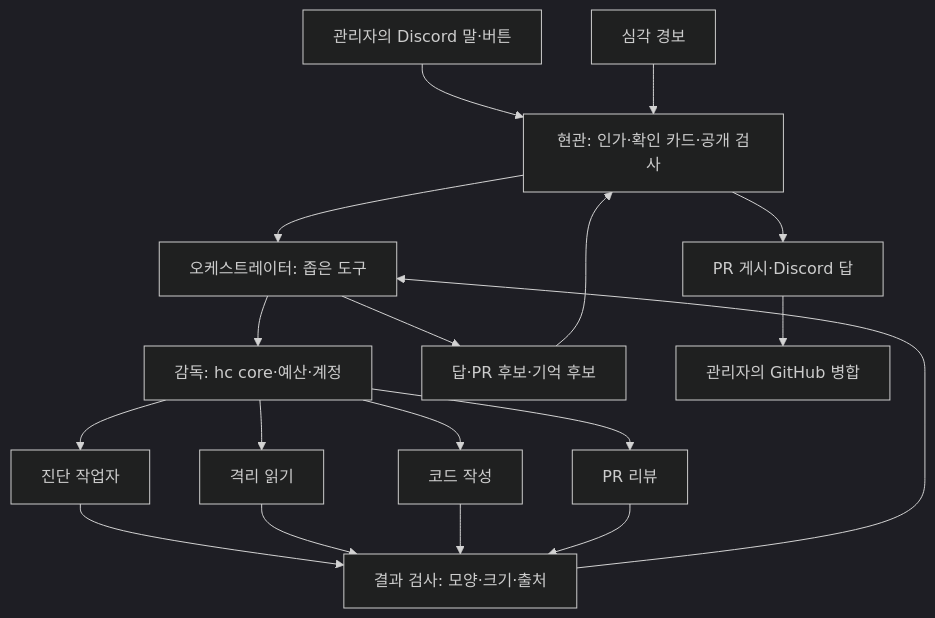
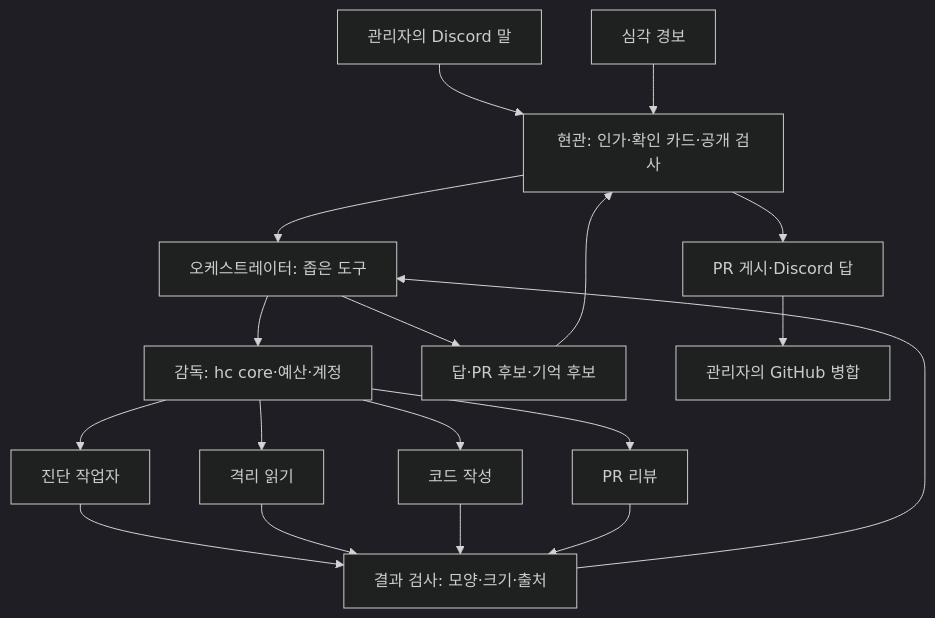
One commit to ukyi-app/homelab changed the first of 2 diagrams in docs/plans/2026-11-13-olive/spec.md. Above: the diagram before and after it, drawn with Mermaid (dark theme). The commit also changed other lines of this file and 2 other files, not shown here.

````diff
--- a/docs/plans/2026-11-13-olive/spec.md
+++ b/docs/plans/2026-11-13-olive/spec.md
@@ -76,17 +76,17 @@
 ```mermaid
 flowchart TD
-    D[관리자의 Discord 말·버튼] --> F[현관: 인가·확인 카드·공개 검사]
+    D[관리자의 Discord 말] --> F[현관: 인가·확인 카드·공개 검사]
     A[심각 경보] --> F
     F --> O[오케스트레이터: 좁은 도구]
     O --> S[감독: hc core·예산·계정]
     S --> W1[진단 작업자]
     S --> W2[격리 읽기]
     S --> W3[코드 작성]
     S --> W4[PR 리뷰]
     W1 & W2 & W3 & W4 --> V[결과 검사: 모양·크기·출처]
     V --> O
     O --> P[답·PR 후보·기억 후보]
     P --> F
     F --> G[PR 게시·Discord 답]
     G --> M[관리자의 GitHub 병합]
 ```
````
